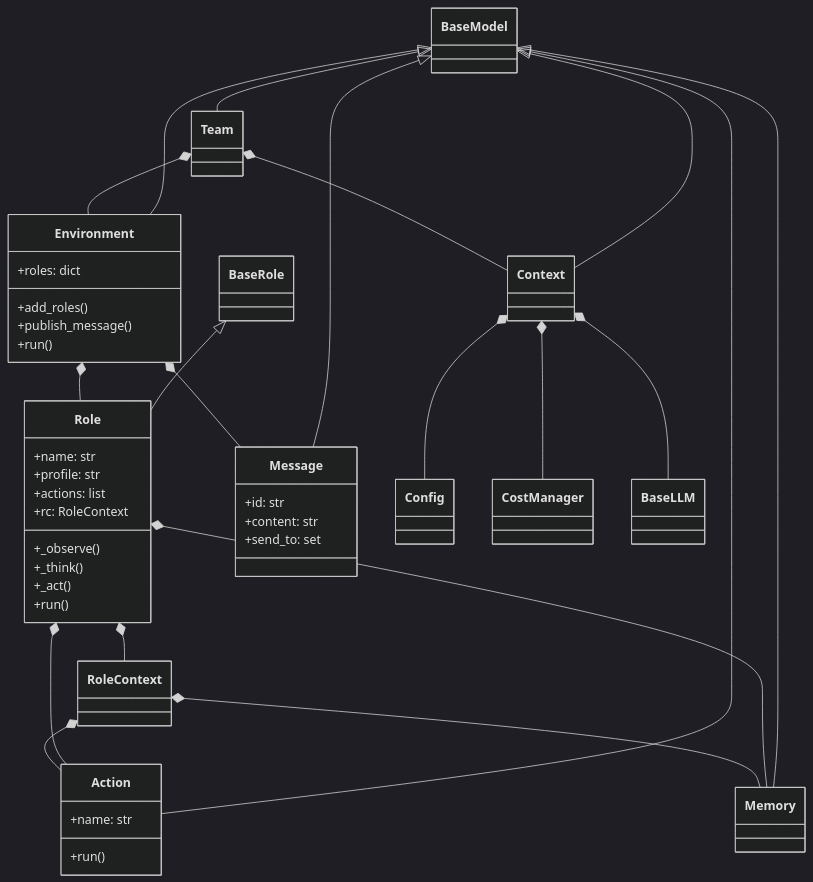
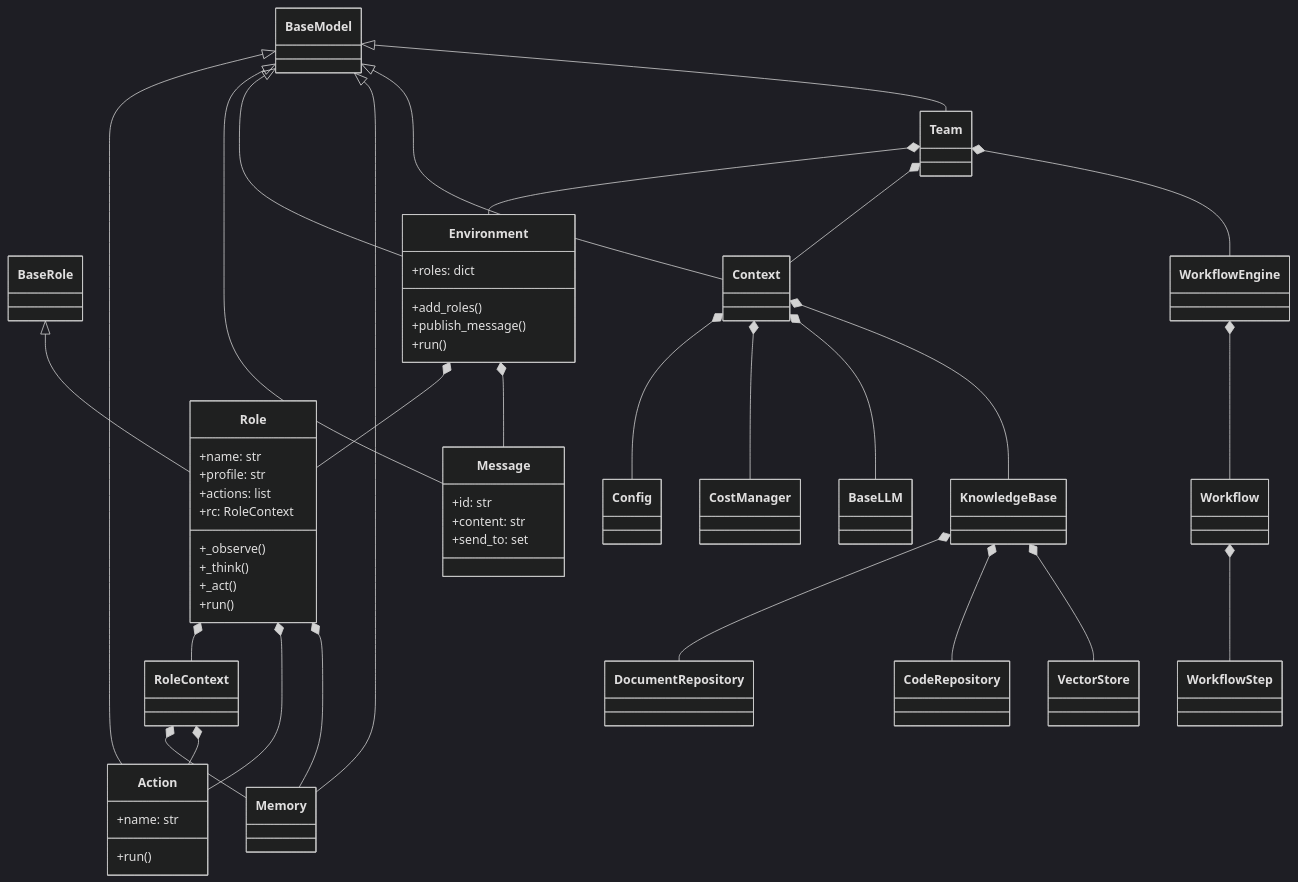
The second of 2 diagrams in doc/05_核心类设计_CLASSES.md (Whisper24X/personal), drawn with Mermaid (dark theme) before and after one commit. The commit also changed other lines of this file and 16 other files, not shown here.

````diff
--- a/doc/05_核心类设计_CLASSES.md
+++ b/doc/05_核心类设计_CLASSES.md
@@ -466,56 +469,65 @@
 ```mermaid
 classDiagram
     BaseRole <|-- Role
     BaseModel <|-- Action
     BaseModel <|-- Message
     BaseModel <|-- Environment
     BaseModel <|-- Memory
     BaseModel <|-- Context
     BaseModel <|-- Team
     
     Role *-- RoleContext
     Role *-- Action
     Role *-- Memory
     
     RoleContext *-- Memory
     RoleContext *-- Action
     
     Environment *-- Role
     Environment *-- Message
     
     Team *-- Environment
     Team *-- Context
     
     Context *-- Config
     Context *-- CostManager
     Context *-- BaseLLM
+    Context *-- KnowledgeBase
+    
+    Team *-- WorkflowEngine
+    WorkflowEngine *-- Workflow
+    Workflow *-- WorkflowStep
+    
+    KnowledgeBase *-- DocumentRepository
+    KnowledgeBase *-- CodeRepository
+    KnowledgeBase *-- VectorStore
     
     class Role {
         +name: str
         +profile: str
         +actions: list
         +rc: RoleContext
         +_observe()
         +_think()
         +_act()
         +run()
     }
     
     class Action {
         +name: str
         +run()
     }
     
     class Message {
         +id: str
         +content: str
         +send_to: set
     }
     
     class Environment {
         +roles: dict
         +add_roles()
         +publish_message()
         +run()
     }
 ```
````
